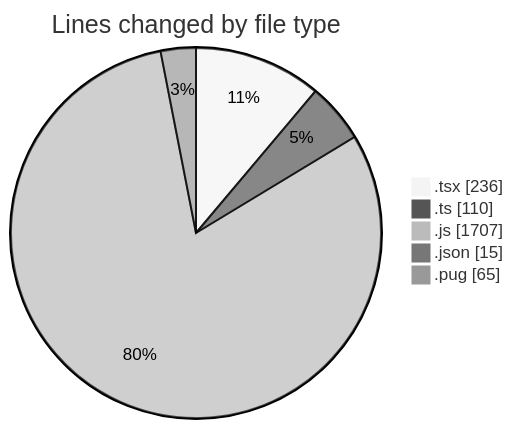
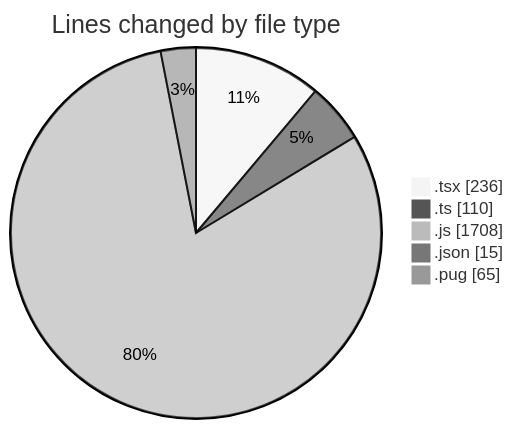
One commit to momahboobian/code-tracking changed the first of 2 diagrams in 2025-03-24/cda/README.md. Above: the diagram before and after it, drawn with Mermaid (neutral theme). The commit also changed other lines of this file and 1 other file, not shown here.

````diff
--- a/2025-03-24/cda/README.md
+++ b/2025-03-24/cda/README.md
@@ -30,9 +30,9 @@
 ```mermaid
 pie showData
 title Lines changed by file type
 ".tsx" : 236
 ".ts" : 110
-".js" : 1707
+".js" : 1708
 ".json" : 15
 ".pug" : 65
 ```
````
